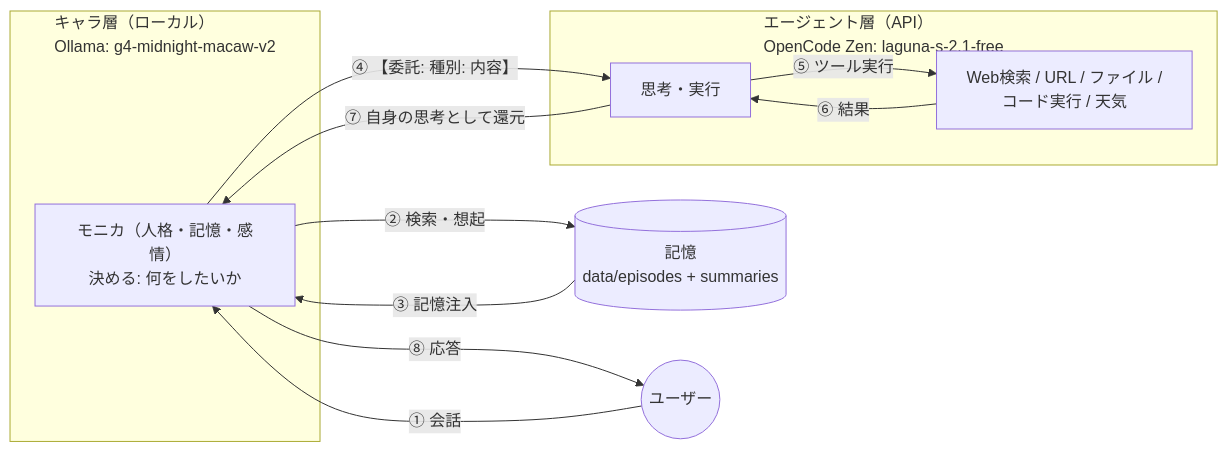
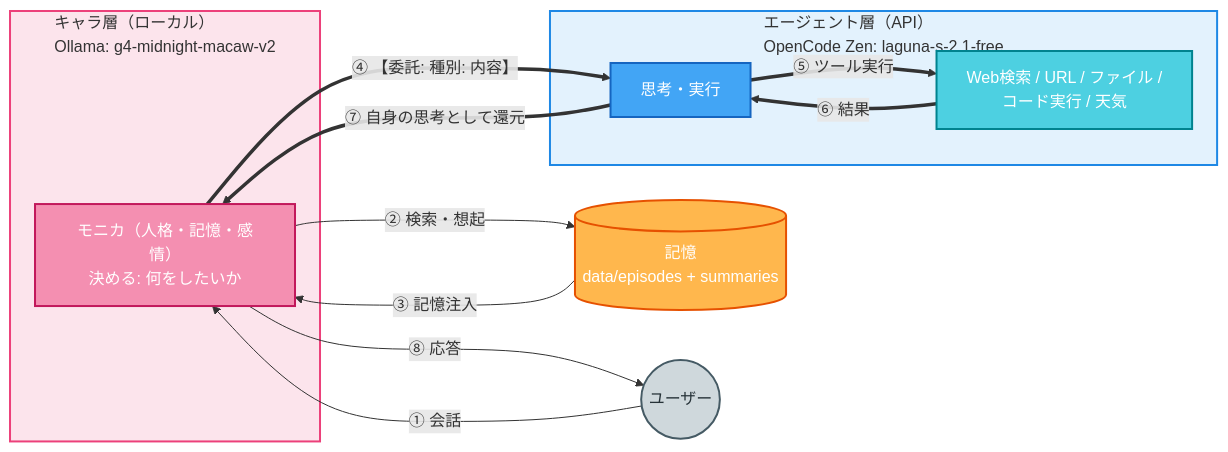
One commit to kuroron000234/Project-Lucina changed the first of 4 diagrams in README.md. Above: the diagram before and after it, drawn with Mermaid. The commit also changed other lines of this file, not shown here.

Commit message:
Add color coding to all diagrams for readability

````diff
--- a/README.md
+++ b/README.md
@@ -14,21 +14,34 @@
 ```mermaid
 flowchart LR
     subgraph CL["キャラ層（ローカル）<br/>Ollama: g4-midnight-macaw-v2"]
         C["モニカ（人格・記憶・感情）<br/>決める: 何をしたいか"]
     end
     subgraph AL["エージェント層（API）<br/>OpenCode Zen: laguna-s-2.1-free"]
         A["思考・実行"]
         T["Web検索 / URL / ファイル /<br/>コード実行 / 天気"]
     end
     M[("記憶<br/>data/episodes + summaries")]
     U(("ユーザー"))
 
     U -->|① 会話| C
     C -->|② 検索・想起| M
     M -->|③ 記憶注入| C
-    C -->|④ 【委託: 種別: 内容】| A
-    A -->|⑤ ツール実行| T
-    T -->|⑥ 結果| A
-    A -->|⑦ 自身の思考として還元| C
+    C ==>|④ 【委託: 種別: 内容】| A
+    A ==>|⑤ ツール実行| T
+    T ==>|⑥ 結果| A
+    A ==>|⑦ 自身の思考として還元| C
     C -->|⑧ 応答| U
+
+    style CL fill:#fce4ec,stroke:#ec407a,stroke-width:2px
+    style AL fill:#e3f2fd,stroke:#1e88e5,stroke-width:2px
+    classDef char fill:#f48fb1,stroke:#c2185b,color:#fff,stroke-width:2px
+    classDef agent fill:#42a5f5,stroke:#1565c0,color:#fff,stroke-width:2px
+    classDef tool fill:#4dd0e1,stroke:#00838f,color:#fff,stroke-width:2px
+    classDef mem fill:#ffb74d,stroke:#e65100,color:#fff,stroke-width:2px
+    classDef user fill:#cfd8dc,stroke:#455a64,color:#263238,stroke-width:2px
+    class C char
+    class A agent
+    class T tool
+    class M mem
+    class U user
 ```
````
